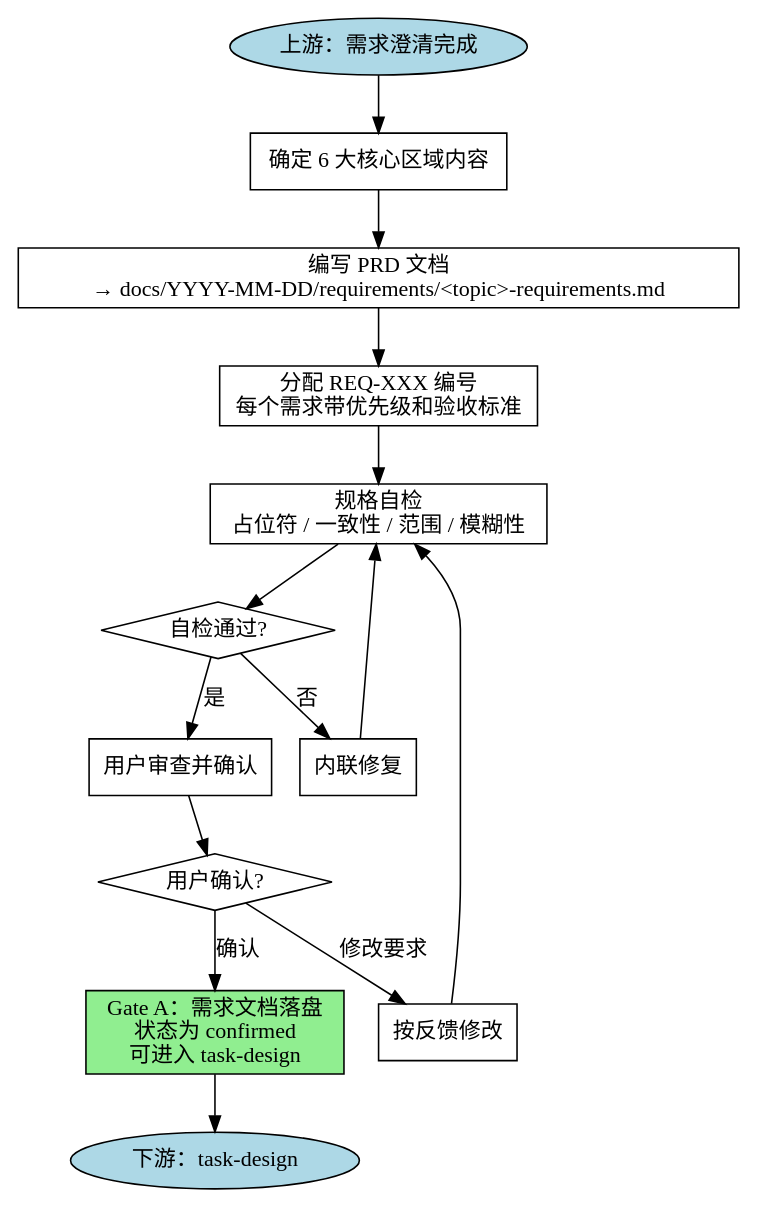
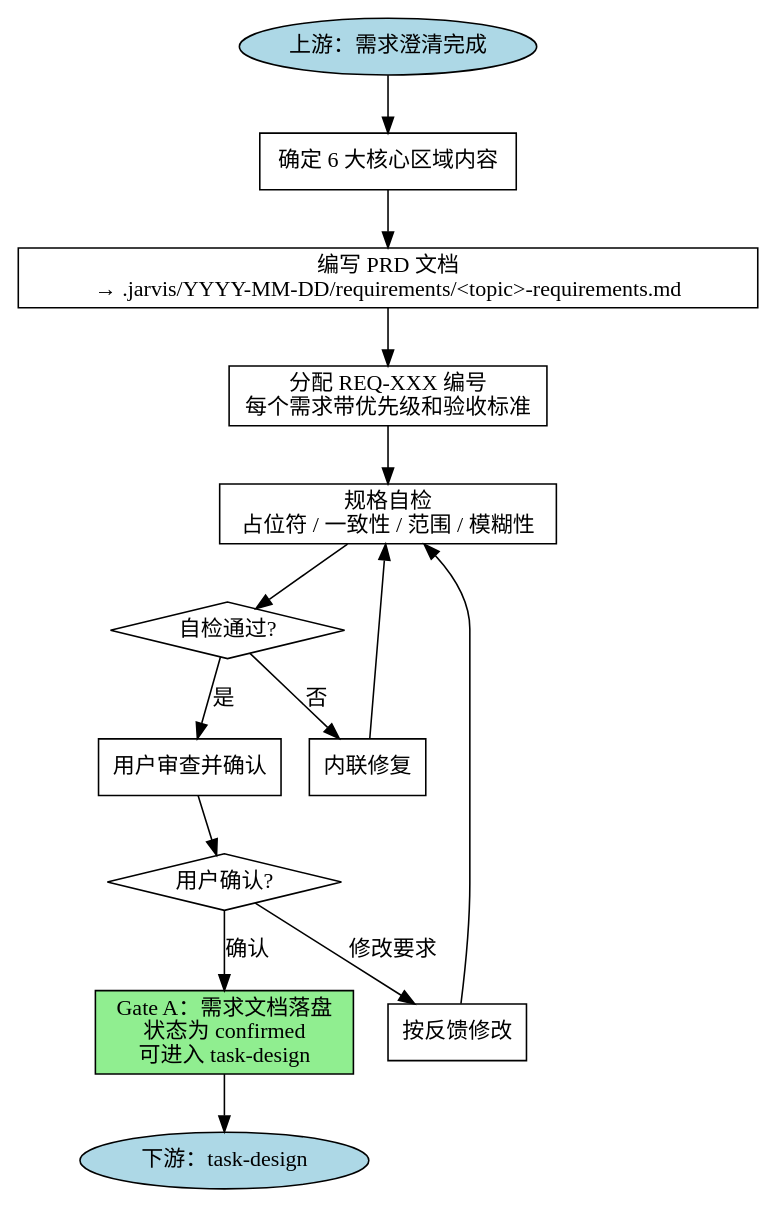
The diagram in src/templates/platforms/claude/skills/spec-driven-development/SKILL.md (Wjl1224734792/Jarvis-Agent-Factory), drawn with Graphviz before and after one commit. The commit also changed other lines of this file and 215 other files, not shown here.

````diff
--- a/src/templates/platforms/claude/skills/spec-driven-development/SKILL.md
+++ b/src/templates/platforms/claude/skills/spec-driven-development/SKILL.md
@@ -49,32 +49,32 @@
 ```dot
 digraph spec_driven {
     rankdir=TB;
 
     "上游：需求澄清完成" [shape=ellipse style=filled fillcolor=lightblue];
     "确定 6 大核心区域内容" [shape=box];
-    "编写 PRD 文档\n→ docs/YYYY-MM-DD/requirements/<topic>-requirements.md" [shape=box];
+    "编写 PRD 文档\n→ .jarvis/YYYY-MM-DD/requirements/<topic>-requirements.md" [shape=box];
     "分配 REQ-XXX 编号\n每个需求带优先级和验收标准" [shape=box];
     "规格自检\n占位符 / 一致性 / 范围 / 模糊性" [shape=box];
     "自检通过?" [shape=diamond];
     "内联修复" [shape=box];
     "用户审查并确认" [shape=box];
     "用户确认?" [shape=diamond];
     "按反馈修改" [shape=box];
     "Gate A：需求文档落盘\n状态为 confirmed\n可进入 task-design" [shape=box style=filled fillcolor=lightgreen];
     "下游：task-design" [shape=ellipse style=filled fillcolor=lightblue];
 
     "上游：需求澄清完成" -> "确定 6 大核心区域内容";
-    "确定 6 大核心区域内容" -> "编写 PRD 文档\n→ docs/YYYY-MM-DD/requirements/<topic>-requirements.md";
-    "编写 PRD 文档\n→ docs/YYYY-MM-DD/requirements/<topic>-requirements.md" -> "分配 REQ-XXX 编号\n每个需求带优先级和验收标准";
+    "确定 6 大核心区域内容" -> "编写 PRD 文档\n→ .jarvis/YYYY-MM-DD/requirements/<topic>-requirements.md";
+    "编写 PRD 文档\n→ .jarvis/YYYY-MM-DD/requirements/<topic>-requirements.md" -> "分配 REQ-XXX 编号\n每个需求带优先级和验收标准";
     "分配 REQ-XXX 编号\n每个需求带优先级和验收标准" -> "规格自检\n占位符 / 一致性 / 范围 / 模糊性";
     "规格自检\n占位符 / 一致性 / 范围 / 模糊性" -> "自检通过?";
     "自检通过?" -> "内联修复" [label="否"];
     "内联修复" -> "规格自检\n占位符 / 一致性 / 范围 / 模糊性";
     "自检通过?" -> "用户审查并确认" [label="是"];
     "用户审查并确认" -> "用户确认?";
     "用户确认?" -> "按反馈修改" [label="修改要求"];
     "按反馈修改" -> "规格自检\n占位符 / 一致性 / 范围 / 模糊性";
     "用户确认?" -> "Gate A：需求文档落盘\n状态为 confirmed\n可进入 task-design" [label="确认"];
     "Gate A：需求文档落盘\n状态为 confirmed\n可进入 task-design" -> "下游：task-design";
 }
 ```
````
